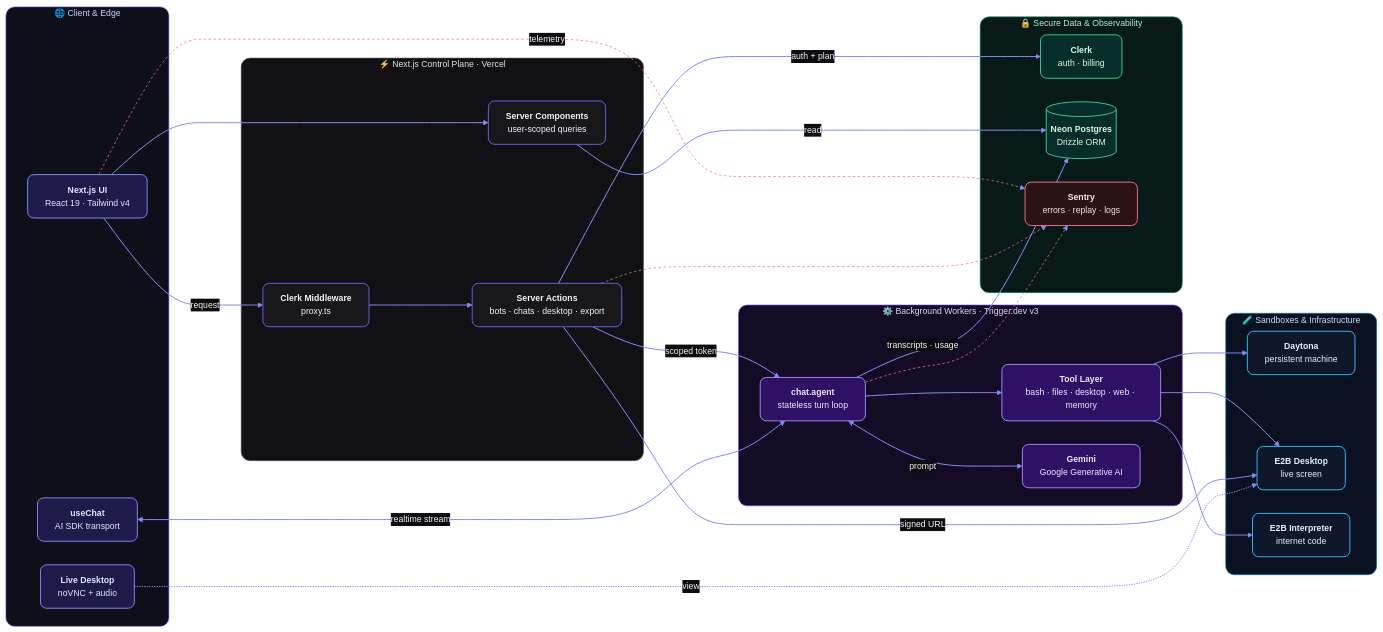
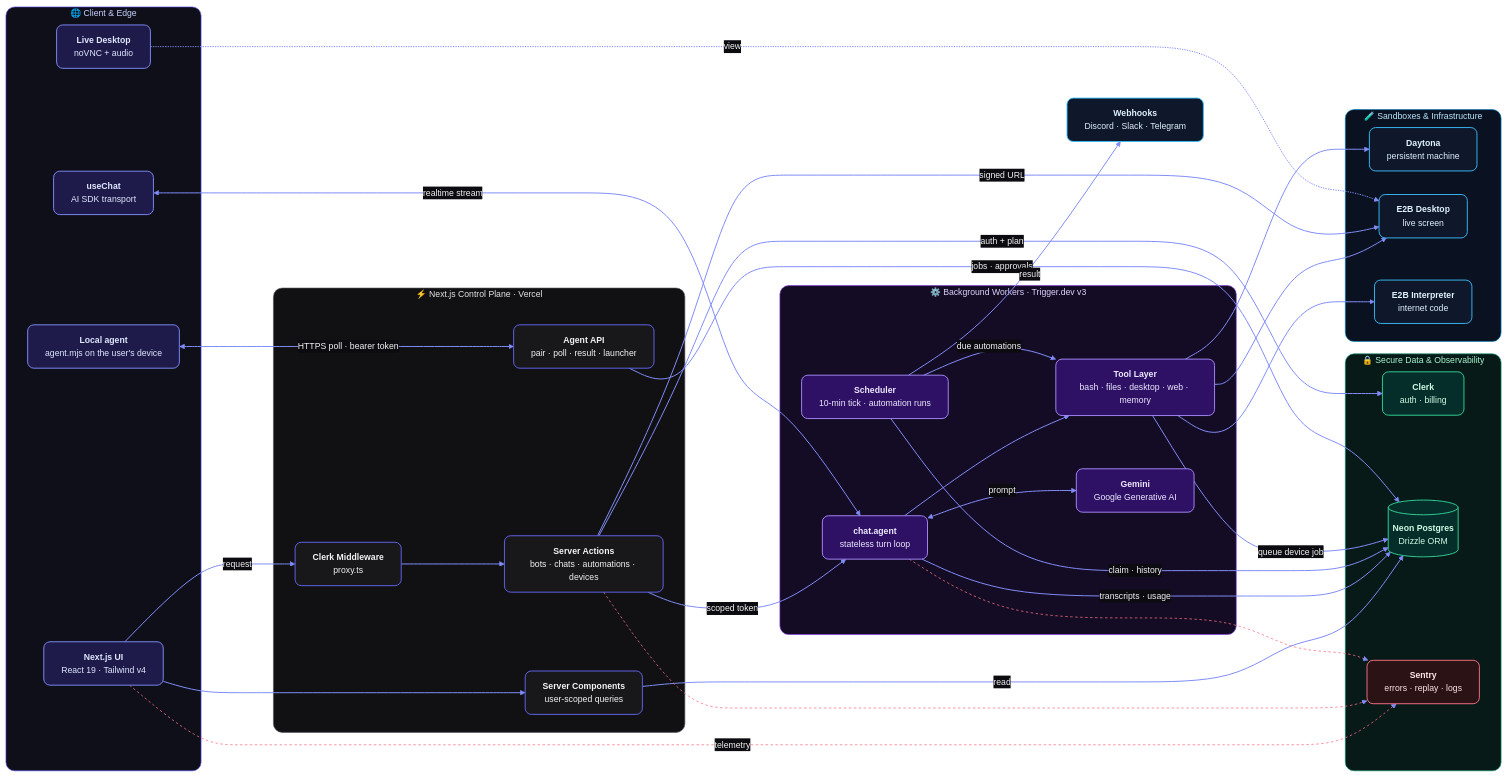
The diagram in README.md (Aayush-coder1/ai-bots), drawn with Mermaid before and after one commit. The commit also changed other lines of this file and 18 other files, not shown here.

```diff
--- a/README.md
+++ b/README.md
@@ -52,11 +54,13 @@
         UI["<b>Next.js UI</b><br/><span>React 19 · Tailwind v4</span>"]
         CH["<b>useChat</b><br/><span>AI SDK transport</span>"]
         VNC["<b>Live Desktop</b><br/><span>noVNC + audio</span>"]
+        LA["<b>Local agent</b><br/><span>agent.mjs on the user's device</span>"]
     end
 
     subgraph CP["⚡ Next.js Control Plane · Vercel"]
         MW["<b>Clerk Middleware</b><br/><span>proxy.ts</span>"]
-        SA["<b>Server Actions</b><br/><span>bots · chats · desktop · export</span>"]
+        SA["<b>Server Actions</b><br/><span>bots · chats · automations · devices</span>"]
+        API["<b>Agent API</b><br/><span>pair · poll · result · launcher</span>"]
         RSC["<b>Server Components</b><br/><span>user-scoped queries</span>"]
     end
 
@@ -64,6 +68,7 @@
         AG["<b>chat.agent</b><br/><span>stateless turn loop</span>"]
         TL["<b>Tool Layer</b><br/><span>bash · files · desktop · web · memory</span>"]
         LLM["<b>Gemini</b><br/><span>Google Generative AI</span>"]
+        SCH["<b>Scheduler</b><br/><span>10-min tick · automation runs</span>"]
     end
 
     subgraph SB["🧪 Sandboxes & Infrastructure"]
@@ -96,6 +101,12 @@
     UI -.->|telemetry| SN
     SA -.-> SN
     AG -.-> SN
+    SCH ==>|due automations| TL
+    SCH -->|claim · history| DB
+    TL -->|queue device job| DB
+    LA <==>|HTTPS poll · bearer token| API
+    API -->|jobs · approvals| DB
+    SCH -->|result| WH["<b>Webhooks</b><br/><span>Discord · Slack · Telegram</span>"]
 
     classDef client fill:#1e1b4b,stroke:#818cf8,stroke-width:1.5px,color:#e0e7ff,rx:10,ry:10
     classDef control fill:#18181b,stroke:#6366f1,stroke-width:1.5px,color:#f4f4f5,rx:10,ry:10
@@ -104,9 +115,10 @@
     classDef data fill:#052e2b,stroke:#34d399,stroke-width:1.5px,color:#d1fae5,rx:10,ry:10
     classDef obs fill:#2a1215,stroke:#fb7185,stroke-width:1.5px,color:#ffe4e6,rx:10,ry:10
 
-    class UI,CH,VNC client
-    class MW,SA,RSC control
-    class AG,TL,LLM worker
+    class UI,CH,VNC,LA client
+    class MW,SA,RSC,API control
+    class AG,TL,LLM,SCH worker
+    class WH sandbox
     class DY,ED,EC sandbox
     class CK,DB data
     class SN obs
```
